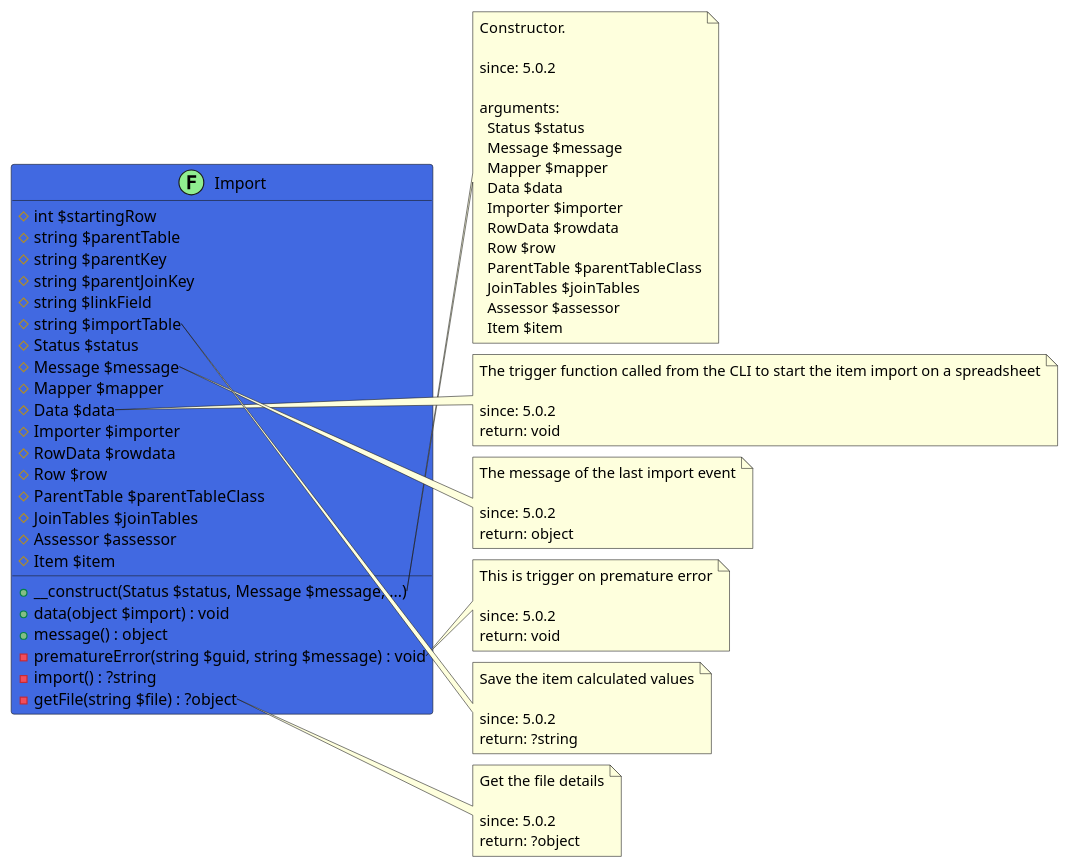
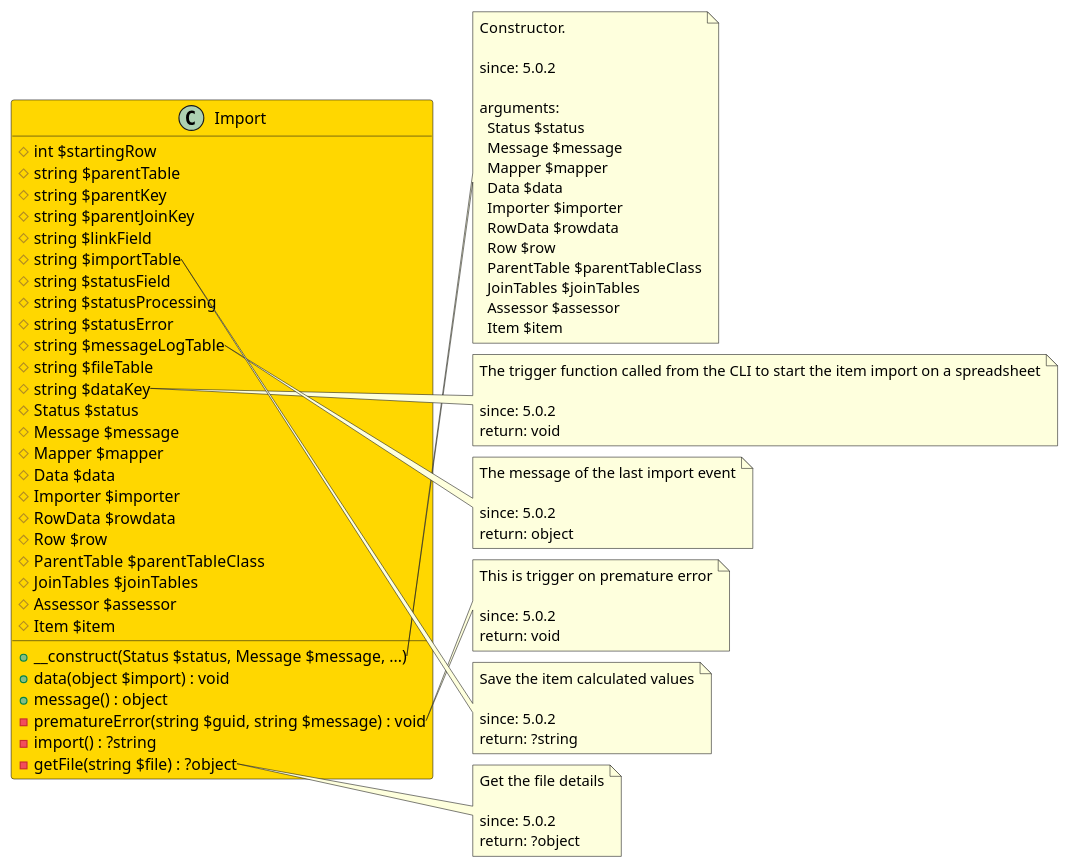
The diagram in src/2f14ec19-1b67-44be-8306-2a9e74588464/README.md (joomengine/super-powers), drawn with PlantUML before and after one commit. The commit also changed other lines of this file and 87 other files, not shown here.

````diff
--- a/src/2f14ec19-1b67-44be-8306-2a9e74588464/README.md
+++ b/src/2f14ec19-1b67-44be-8306-2a9e74588464/README.md
@@ -5,13 +5,19 @@
 ```uml
 @startuml
 
-class Import << (F,LightGreen) >> #RoyalBlue {
+class Import  #Gold {
   # int $startingRow
   # string $parentTable
   # string $parentKey
   # string $parentJoinKey
   # string $linkField
   # string $importTable
+  # string $statusField
+  # string $statusProcessing
+  # string $statusError
+  # string $messageLogTable
+  # string $fileTable
+  # string $dataKey
   # Status $status
   # Message $message
   # Mapper $mapper
````
